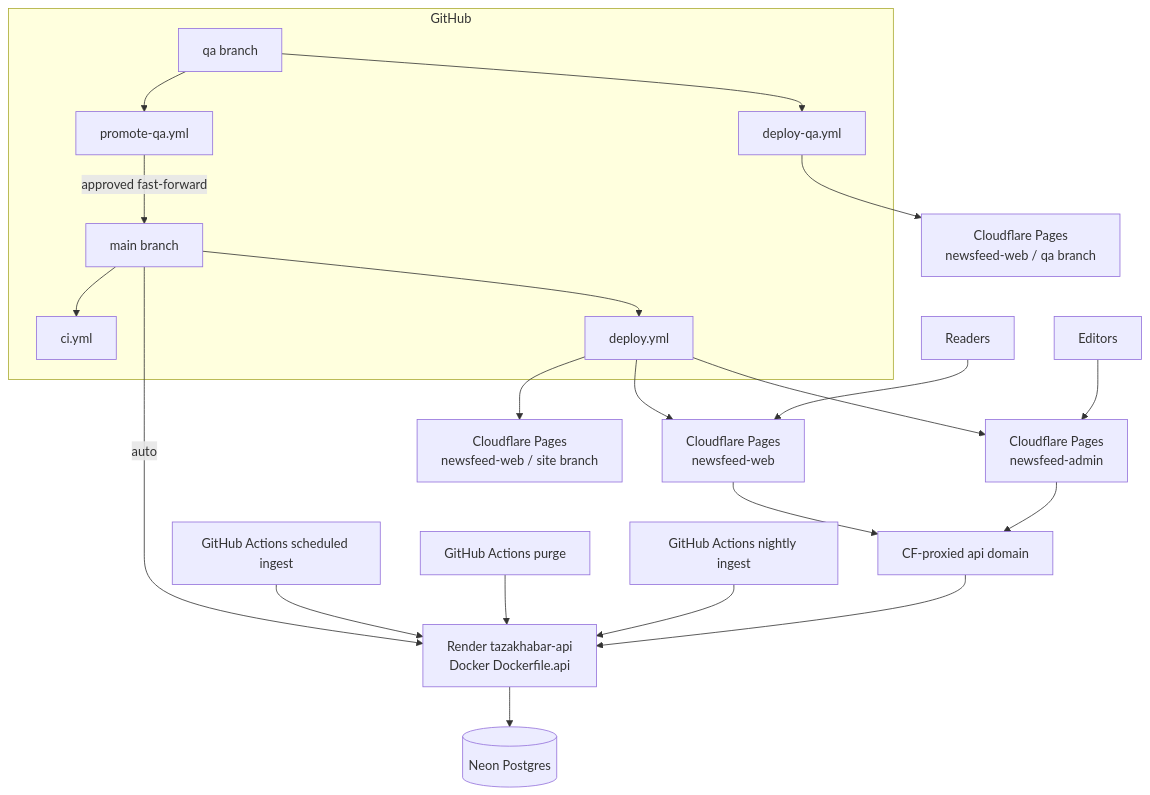
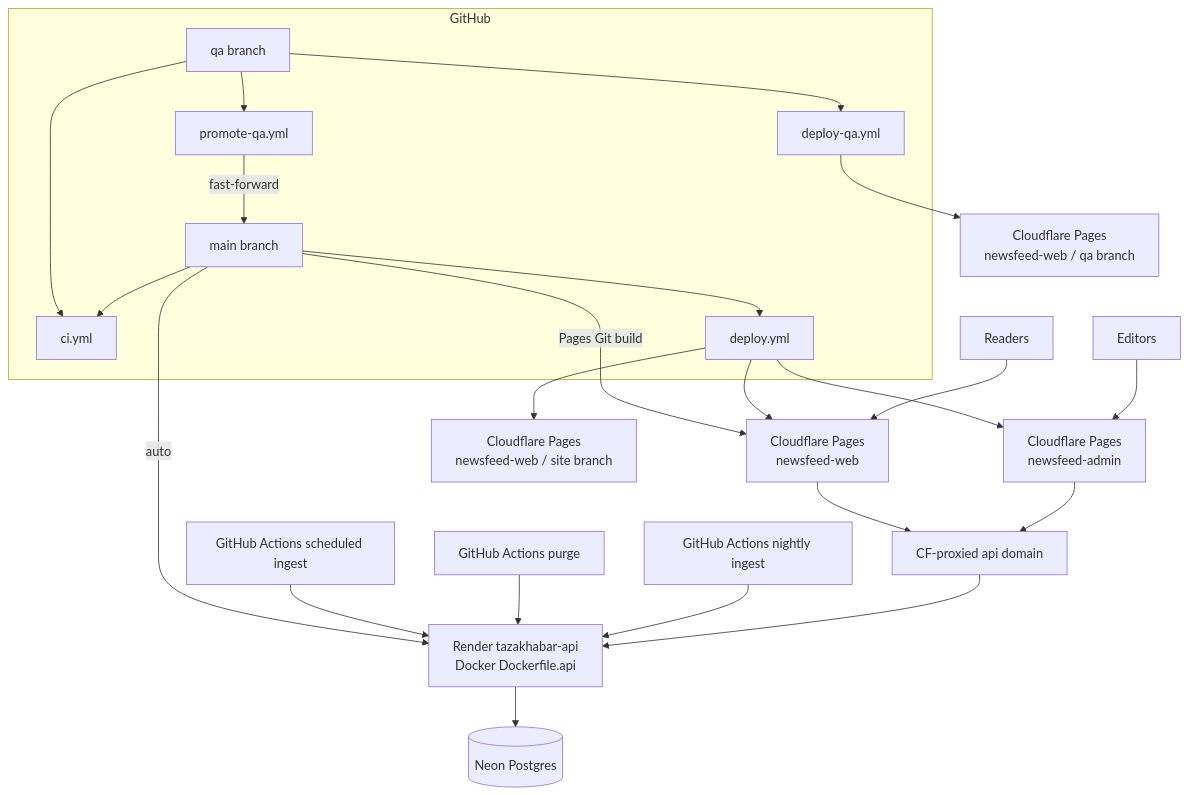
One commit to sshivanshg/TAZAkhabar changed the diagram in docs/architecture/08-hosting-and-ci.md. Above: the diagram before and after it, drawn with Mermaid. The commit also changed other lines of this file and 7 other files, not shown here.

````diff
--- a/docs/architecture/08-hosting-and-ci.md
+++ b/docs/architecture/08-hosting-and-ci.md
@@ -17,31 +17,33 @@
 ```mermaid
 flowchart TB
   subgraph gh [GitHub]
     QA[qa branch]
     Main[main branch]
     CI[ci.yml]
     Deploy[deploy.yml]
     DeployQA[deploy-qa.yml]
     PromoteQA[promote-qa.yml]
   end
 
+  QA --> CI
   QA --> DeployQA
   QA --> PromoteQA
-  PromoteQA -->|approved fast-forward| Main
+  PromoteQA -->|fast-forward| Main
   Main --> CI
   Main -->|auto| Render[Render tazakhabar-api<br/>Docker Dockerfile.api]
   Main --> Deploy
-  Deploy --> PagesWeb[Cloudflare Pages<br/>newsfeed-web]
+  Main -->|Pages Git build| PagesWeb[Cloudflare Pages<br/>newsfeed-web]
+  Deploy --> PagesWeb
   DeployQA --> PagesWebQA[Cloudflare Pages<br/>newsfeed-web / qa branch]
   Deploy --> PagesSite[Cloudflare Pages<br/>newsfeed-web / site branch]
   Deploy --> PagesAdmin[Cloudflare Pages<br/>newsfeed-admin]
   Render --> Neon[(Neon Postgres)]
   GHAIngest[GitHub Actions scheduled ingest] --> Render
   GHAPurge[GitHub Actions purge] --> Render
   CronDaily[GitHub Actions nightly ingest] --> Render
   Readers[Readers] --> PagesWeb
   Editors[Editors] --> PagesAdmin
   PagesWeb --> CFAPI[CF-proxied api domain]
   PagesAdmin --> CFAPI
   CFAPI --> Render
 ```
````
